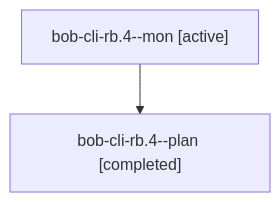
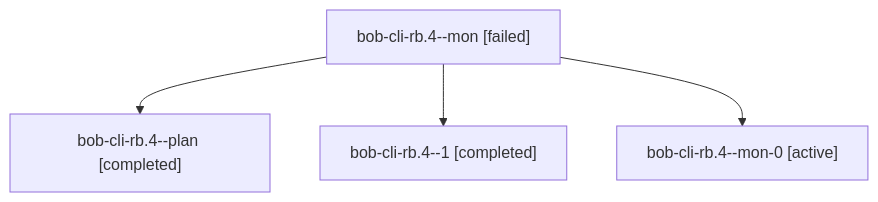
The diagram in sessions/bbugyi200.athena.bob-cli-rb.4.md (bobs-org/bob-cli--agents), drawn with Mermaid before and after one commit. The commit also changed other lines of this file and 33 other files, not shown here.

````diff
--- a/sessions/bbugyi200.athena.bob-cli-rb.4.md
+++ b/sessions/bbugyi200.athena.bob-cli-rb.4.md
@@ -9,6 +9,10 @@
 ```mermaid
 flowchart TD
-  n0["bob-cli-rb.4--mon [active]"]
+  n0["bob-cli-rb.4--mon [failed]"]
   n1["bob-cli-rb.4--plan [completed]"]
   n0 --> n1
+  n2["bob-cli-rb.4--1 [completed]"]
+  n0 --> n2
+  n3["bob-cli-rb.4--mon-0 [active]"]
+  n0 --> n3
 ```
````
